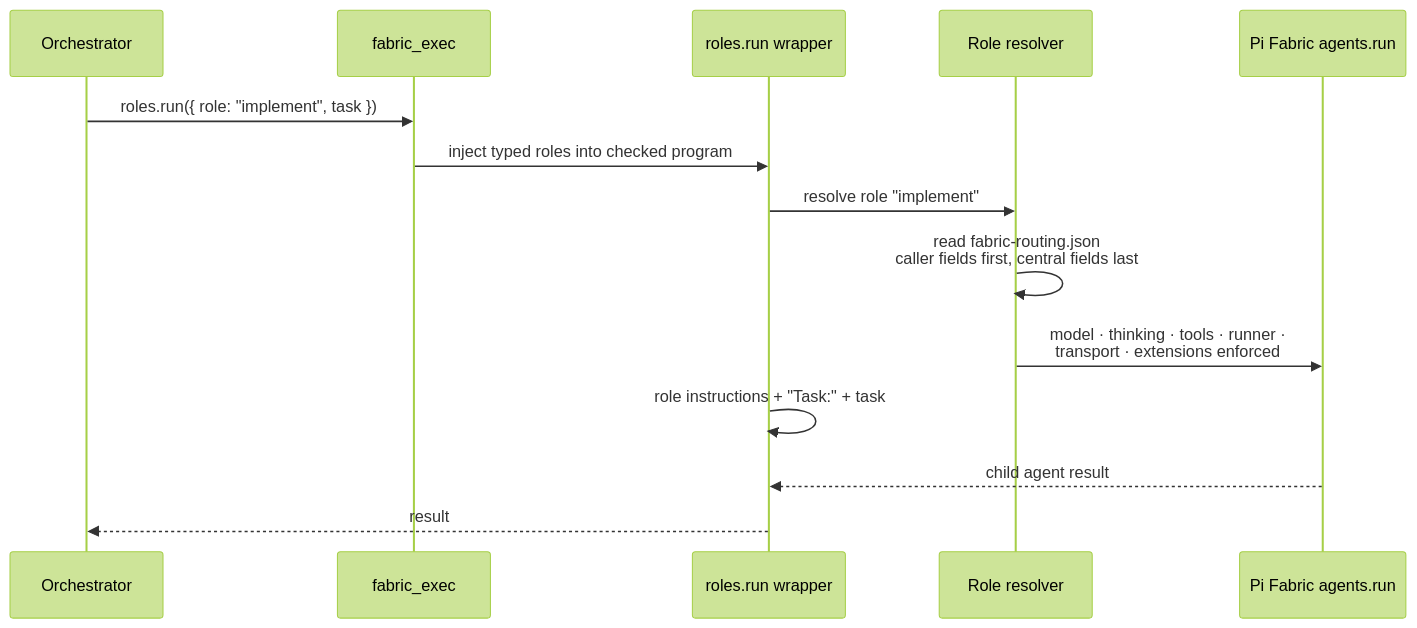
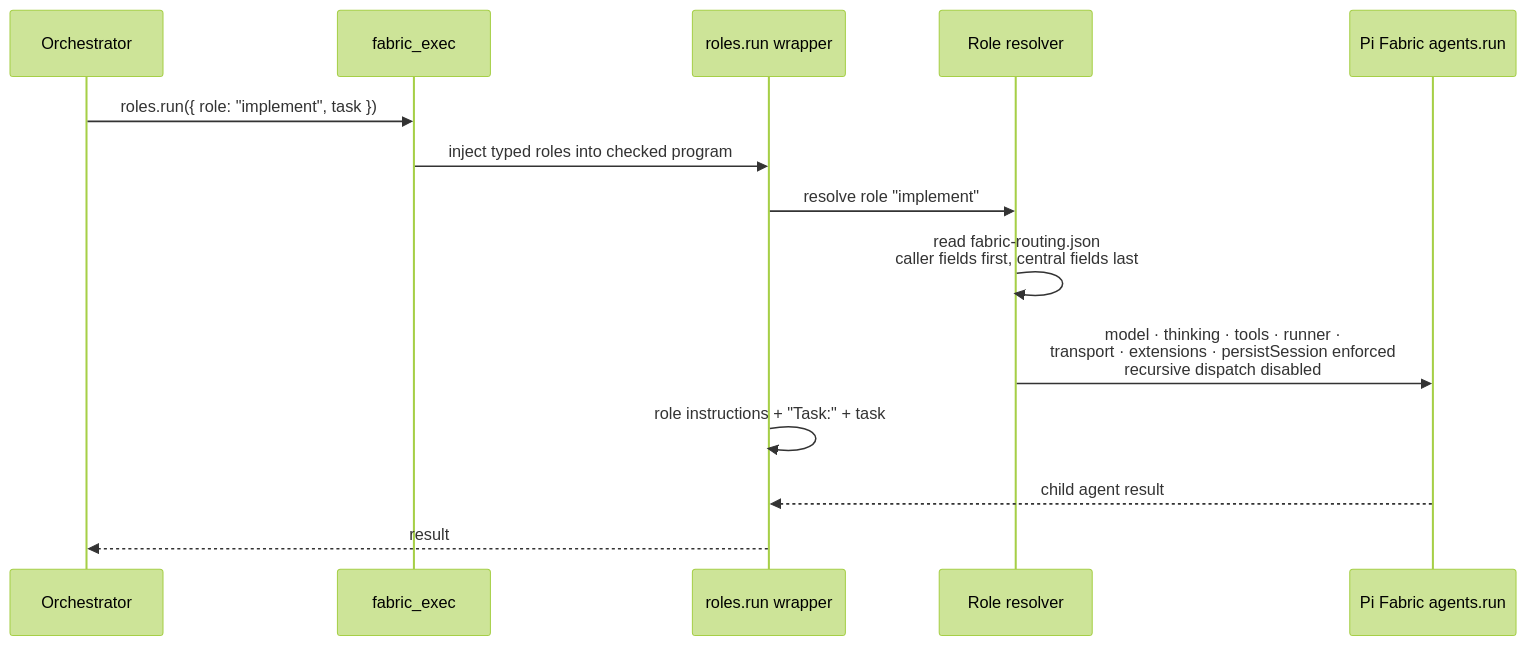
One commit to hazrid93/pi-fabric-role-router changed the second of 5 diagrams in docs/architecture.md. Above: the diagram before and after it, drawn with Mermaid (forest theme). The commit also changed other lines of this file and 7 other files, not shown here.

````diff
--- a/docs/architecture.md
+++ b/docs/architecture.md
@@ -62,17 +62,17 @@
 ```mermaid
 sequenceDiagram
   participant O as Orchestrator
   participant X as fabric_exec
   participant R as roles.run wrapper
   participant C as Role resolver
   participant F as Pi Fabric agents.run
 
   O->>X: roles.run({ role: "implement", task })
   X->>R: inject typed roles into checked program
   R->>C: resolve role "implement"
   C->>C: read fabric-routing.json<br/>caller fields first, central fields last
-  C->>F: model · thinking · tools · runner ·<br/>transport · extensions enforced
+  C->>F: model · thinking · tools · runner ·<br/>transport · extensions · persistSession enforced<br/>recursive dispatch disabled
   R->>R: role instructions + "Task:" + task
   F-->>R: child agent result
   R-->>O: result
 ```
````
